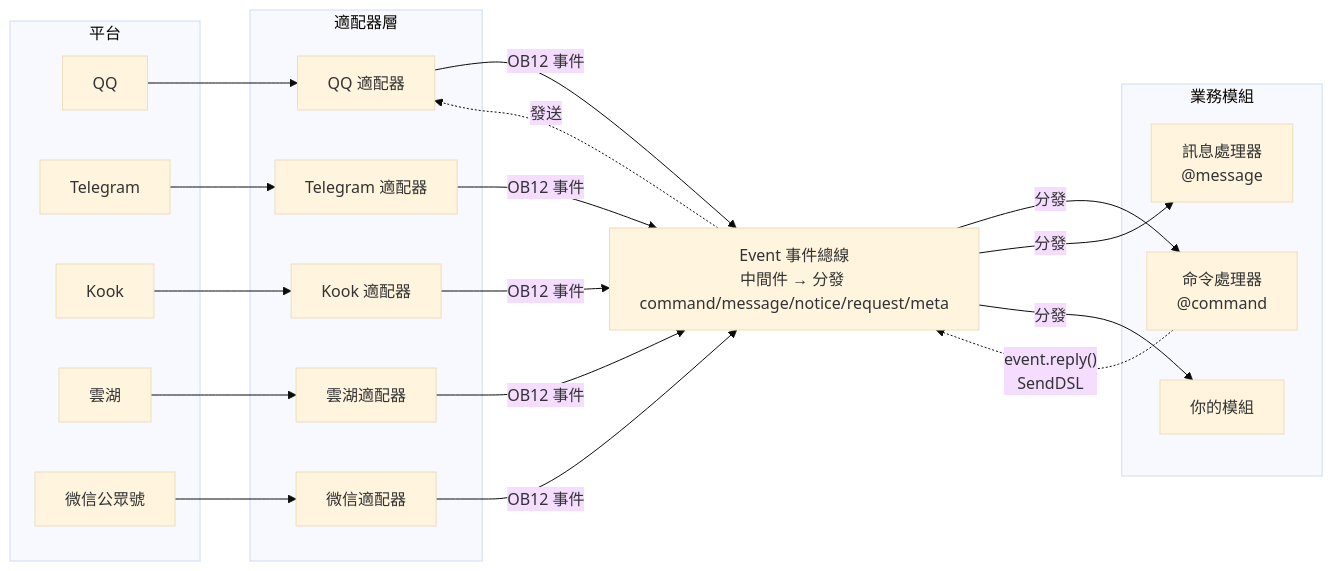
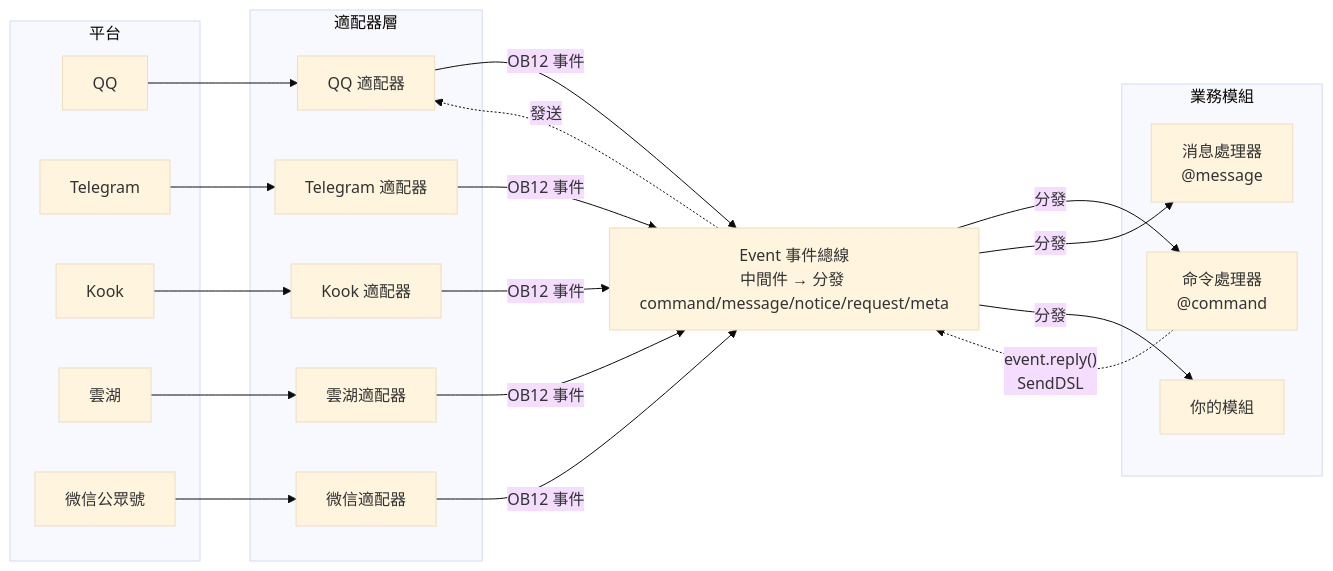
One commit to ErisPulse/ErisPulse changed the first of 2 diagrams in README.zh-TW.md. Above: the diagram before and after it, drawn with Mermaid (base theme). The commit also changed other lines of this file and 622 other files, not shown here.

````diff
--- a/README.zh-TW.md
+++ b/README.zh-TW.md
@@ -154,45 +152,45 @@
 ```mermaid
 graph LR
     subgraph Platforms[平台]
         QQ["QQ"]
         TG["Telegram"]
         Kook["Kook"]
         YH["雲湖"]
         WX["微信公眾號"]
     end
 
     subgraph Adapters[適配器層]
         A1["QQ 適配器"]
         A2["Telegram 適配器"]
         A3["Kook 適配器"]
         A4["雲湖適配器"]
         A5["微信適配器"]
     end
 
     Event["Event 事件總線<br/>中間件 → 分發 command/message/notice/request/meta"]
 
     subgraph Modules[業務模組]
         M1["命令處理器<br/>@command"]
-        M2["訊息處理器<br/>@message"]
+        M2["消息處理器<br/>@message"]
         M3["你的模組"]
     end
 
     QQ --> A1
     TG --> A2
     Kook --> A3
     YH --> A4
     WX --> A5
 
     A1 -->|"OB12 事件"| Event
     A2 -->|"OB12 事件"| Event
     A3 -->|"OB12 事件"| Event
     A4 -->|"OB12 事件"| Event
     A5 -->|"OB12 事件"| Event
 
     Event -->|"分發"| M1
     Event -->|"分發"| M2
     Event -->|"分發"| M3
 
     M1 -.->|"event.reply()<br/>SendDSL"| Event
     Event -.->|"發送"| A1
 ```
````
